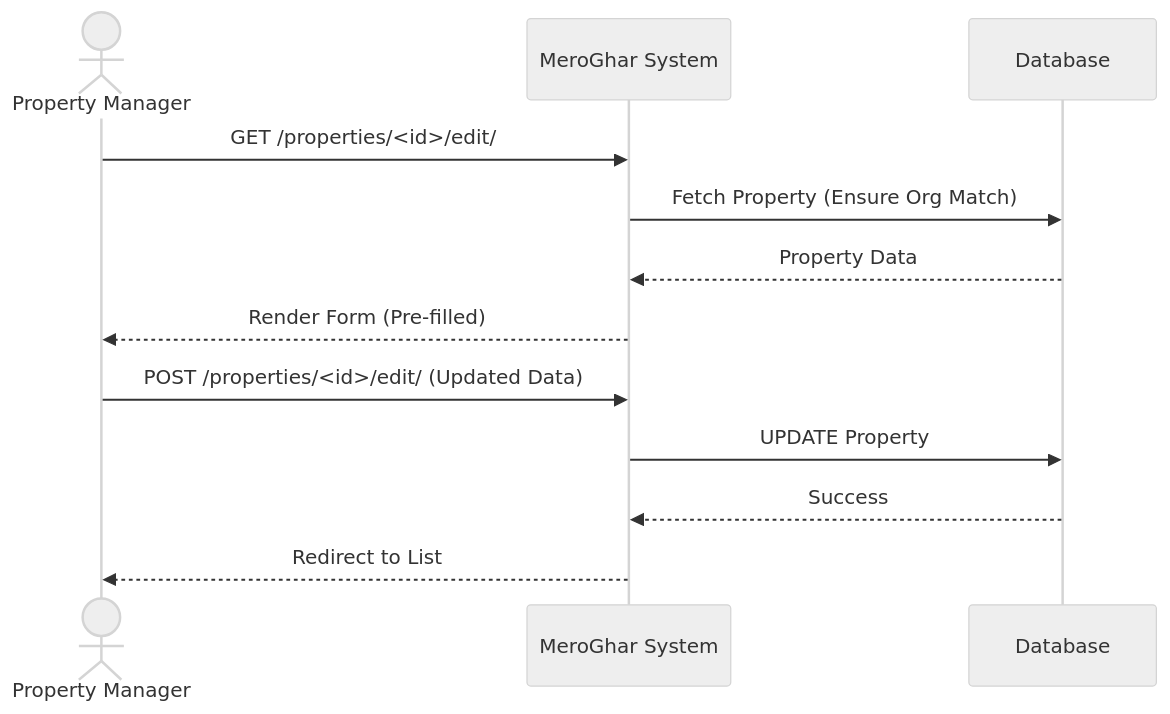
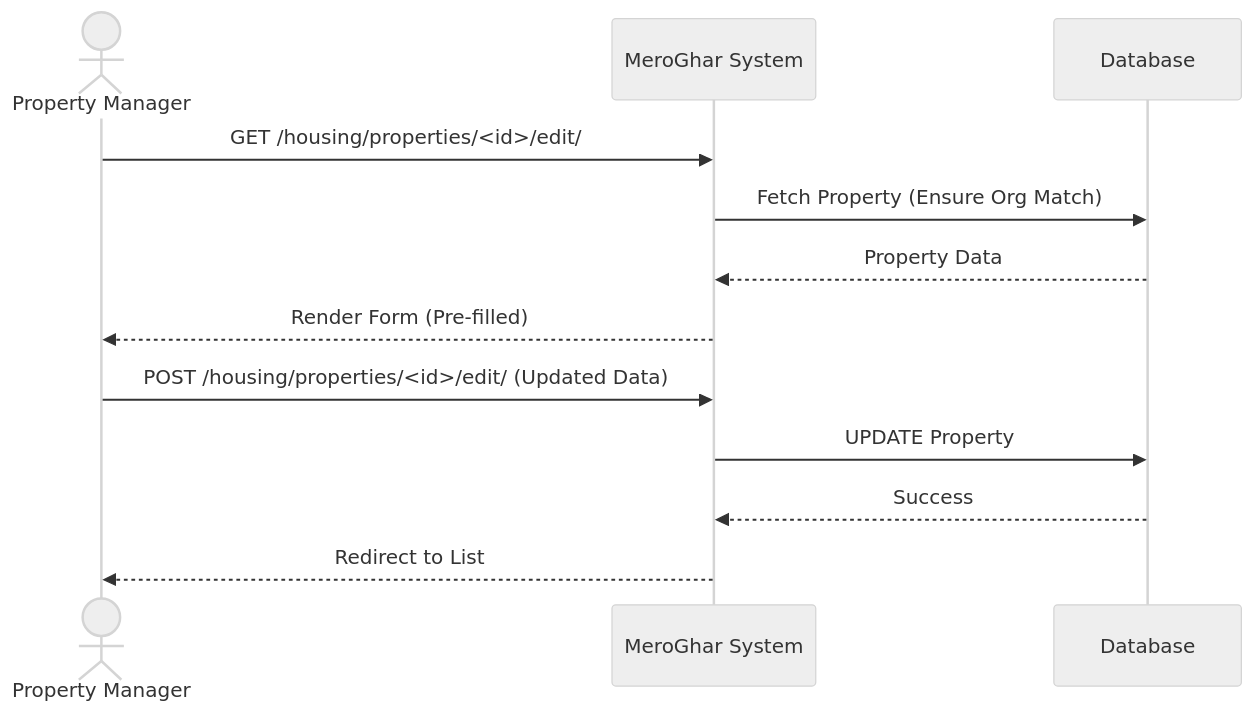
Before and after one commit to 0Ankit0/meroghar: the third of 4 diagrams in docs/workflows/property.md, drawn with Mermaid (neutral theme). The commit also changed other lines of this file and 10 other files, not shown here.

````diff
--- a/docs/workflows/property.md
+++ b/docs/workflows/property.md
@@ -77,16 +77,16 @@
 ```mermaid
 sequenceDiagram
     actor User as Property Manager
     participant System as MeroGhar System
     participant DB as Database
 
-    User->>System: GET /properties/<id>/edit/
+    User->>System: GET /housing/properties/<id>/edit/
     System->>DB: Fetch Property (Ensure Org Match)
     DB-->>System: Property Data
     System-->>User: Render Form (Pre-filled)
 
-    User->>System: POST /properties/<id>/edit/ (Updated Data)
+    User->>System: POST /housing/properties/<id>/edit/ (Updated Data)
     System->>DB: UPDATE Property
     DB-->>System: Success
     System-->>User: Redirect to List
 ```
````
